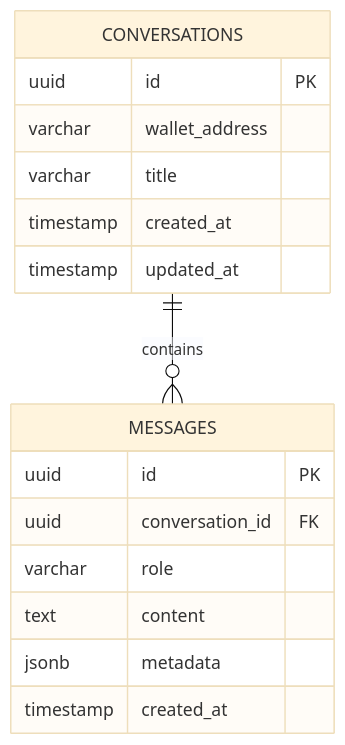
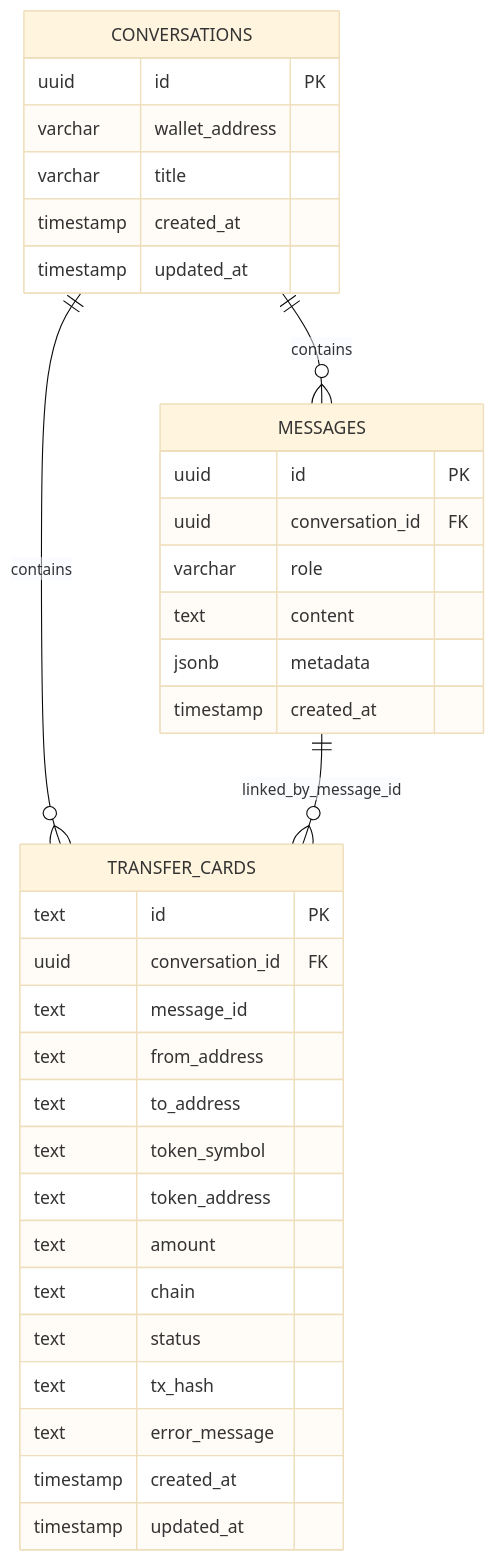
Before and after one commit to CryptoLinxu/Web3-AI-Agent: the eighth of 14 diagrams in .qoder/repowiki/zh/content/核心技能详解/对话持久化系统.md, drawn with Mermaid (base theme). The commit also changed other lines of this file and 7 other files, not shown here.

Commit message:
eat(transfer-card): 实现 ERC20 approve 完整流程" -m "扩展 ERC20_ABI 增加 allowance 和 approve 新增 useReadContract 检查授权额度 allowance 不足时自动显示授权步骤 approve 成功后自动发起 transfer 新增 approving 状态和授权 UI 按钮 类型 TransferStatus 新增 approving

````diff
--- a/.qoder/repowiki/zh/content/核心技能详解/对话持久化系统.md
+++ b/.qoder/repowiki/zh/content/核心技能详解/对话持久化系统.md
@@ -351,19 +391,37 @@
 ```mermaid
 erDiagram
 CONVERSATIONS {
 uuid id PK
 varchar wallet_address
 varchar title
 timestamp created_at
 timestamp updated_at
 }
 MESSAGES {
 uuid id PK
 uuid conversation_id FK
 varchar role
 text content
 jsonb metadata
 timestamp created_at
 }
+TRANSFER_CARDS {
+text id PK
+uuid conversation_id FK
+text message_id
+text from_address
+text to_address
+text token_symbol
+text token_address
+text amount
+text chain
+text status
+text tx_hash
+text error_message
+timestamp created_at
+timestamp updated_at
+}
 CONVERSATIONS ||--o{ MESSAGES : contains
+CONVERSATIONS ||--o{ TRANSFER_CARDS : contains
+MESSAGES ||--o{ TRANSFER_CARDS : linked_by_message_id
 ```
````
